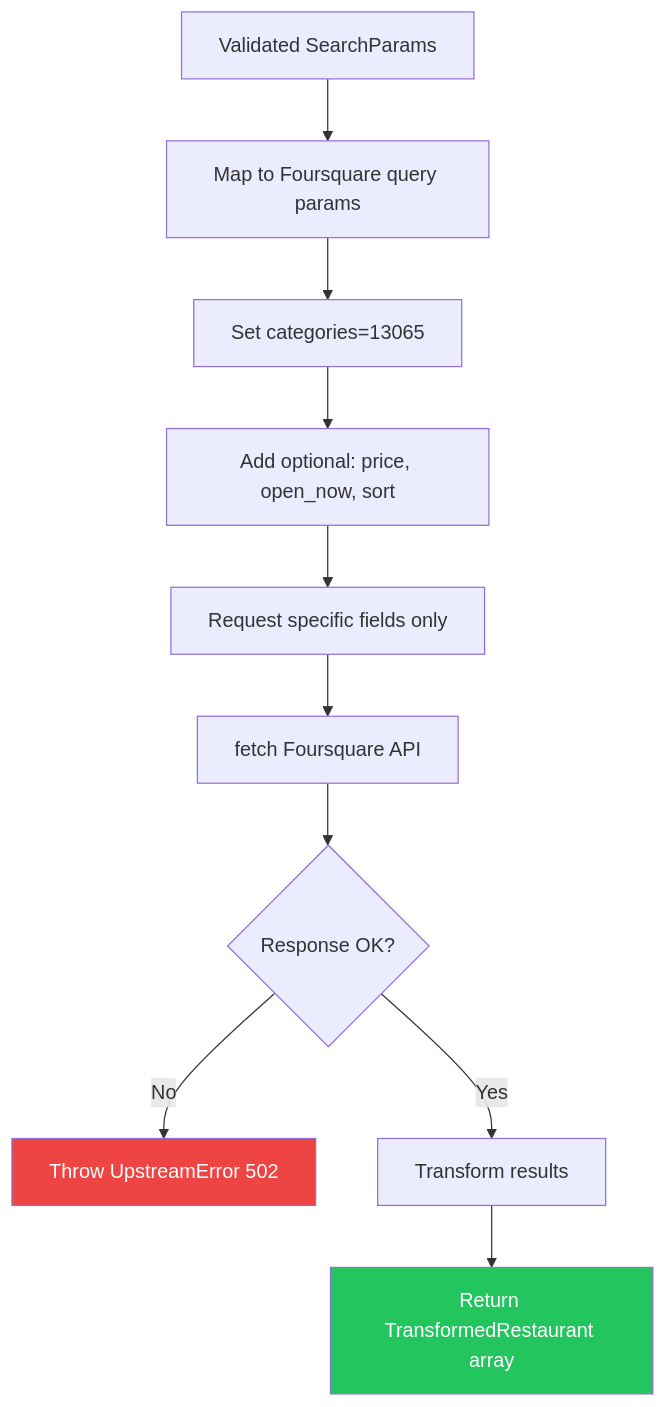
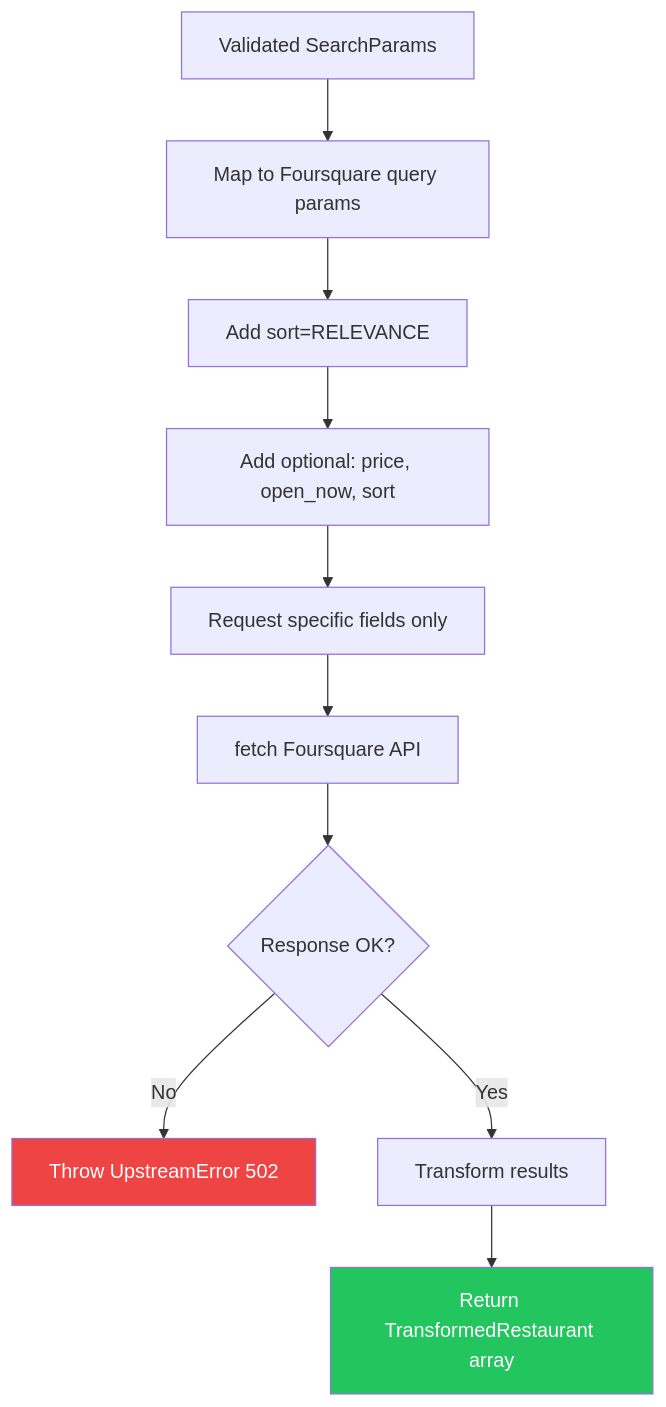
Before and after one commit to markaroone/restaurant-finder: the third of 3 diagrams in _docs/README.md, drawn with Mermaid. The commit also changed other lines of this file and 12 other files, not shown here.

````diff
--- a/_docs/README.md
+++ b/_docs/README.md
@@ -164,15 +164,15 @@
 ```mermaid
 flowchart TD
     A["Validated SearchParams"] --> B["Map to Foursquare query params"]
-    B --> C["Set categories=13065"]
+    B --> C["Add sort=RELEVANCE"]
     C --> D["Add optional: price, open_now, sort"]
     D --> E["Request specific fields only"]
     E --> F["fetch Foursquare API"]
     F --> G{Response OK?}
     G -->|No| H["Throw UpstreamError 502"]
     G -->|Yes| I["Transform results"]
     I --> J["Return TransformedRestaurant array"]
 
     style J fill:#22c55e,color:#fff
     style H fill:#ef4444,color:#fff
 ```
````
